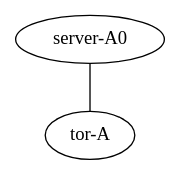
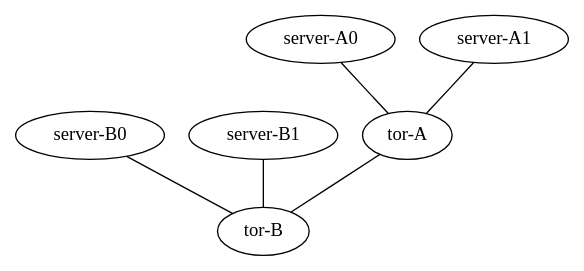
Before and after one commit to datacompucrs/DataCenter-1: the diagram in Vagrant/Get_Started/viewer.dot, drawn with Graphviz. The commit also changed 3 other files, not shown here.

```diff
--- a/Vagrant/Get_Started/viewer.dot
+++ b/Vagrant/Get_Started/viewer.dot
@@ -1,7 +1,16 @@
 graph vx {
 "tor-A" [function="host" vagrant="eth1" os="hashicorp/bionic64" version="1.0.282" memory="700" config="./helper_scripts/config_production_server.sh" ]
 "server-A0" [function="host" vagrant="eth1" os="hashicorp/bionic64" version="1.0.282" memory="700" config="./helper_scripts/config_production_server.sh" ]
+"server-A1" [function="host" vagrant="eth1" os="hashicorp/bionic64" version="1.0.282" memory="700" config="./helper_scripts/config_production_server.sh" ]
+
+"tor-B" [function="host" vagrant="eth1" os="hashicorp/bionic64" version="1.0.282" memory="700" config="./helper_scripts/config_production_server.sh" ]
+"server-B0" [function="host" vagrant="eth1" os="hashicorp/bionic64" version="1.0.282" memory="700" config="./helper_scripts/config_production_server.sh" ]
+"server-B1" [function="host" vagrant="eth1" os="hashicorp/bionic64" version="1.0.282" memory="700" config="./helper_scripts/config_production_server.sh" ]
 
 "server-A0":"eth1" -- "tor-A":"eth1" [left_mac="00:01:00:11:11:01"][right_mac="00:10:00:11:11:01"]
+"server-A1":"eth1" -- "tor-A":"eth2" [left_mac="00:01:00:22:22:02"][right_mac="00:10:00:22:22:02"]
+"server-B0":"eth1" -- "tor-B":"eth1" [left_mac="00:02:00:11:11:01"][right_mac="00:20:00:11:11:01"]
+"server-B1":"eth1" -- "tor-B":"eth2" [left_mac="00:02:00:22:22:02"][right_mac="00:20:00:22:22:02"]
+"tor-A":"eth3" -- "tor-B":"eth3" [left_mac="00:30:00:00:00:33"][right_mac="00:30:00:00:00:00"]
 
 }
```
